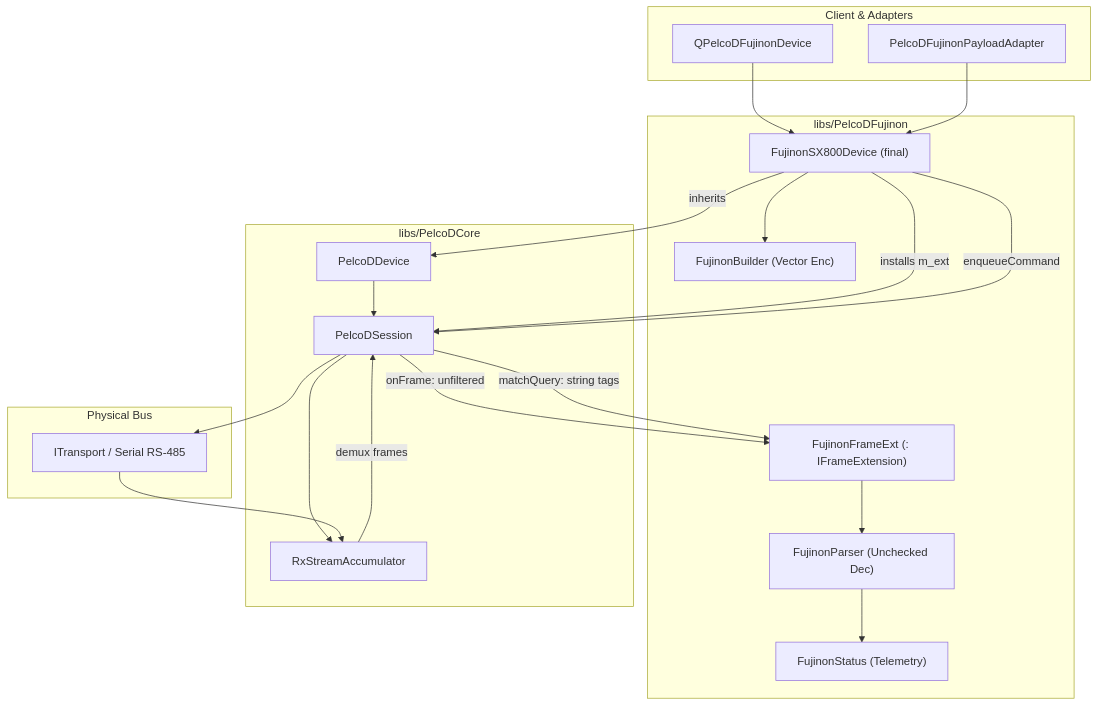
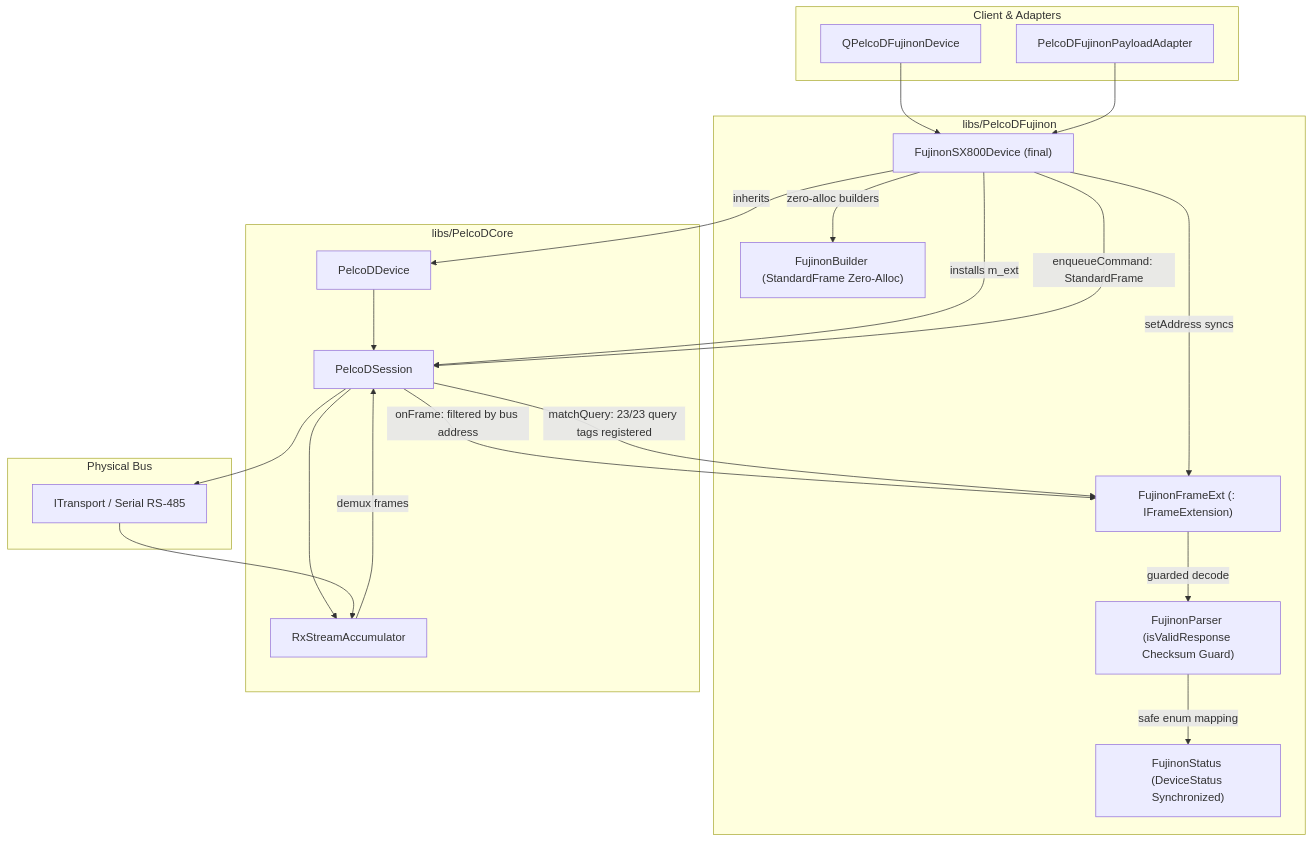
Before and after one commit to svagionitis/PelcoD-Controller: the diagram in docs/pelcodfujinon_review.md, drawn with Mermaid. The commit also changed other lines of this file, not shown here.

First line of the commit message:
docs(fujinon): update architectural review status

````diff
--- a/docs/pelcodfujinon_review.md
+++ b/docs/pelcodfujinon_review.md
@@ -61,41 +69,42 @@
 ```mermaid
 flowchart TD
     subgraph App ["Client & Adapters"]
-        Q[QPelcoDFujinonDevice]
-        HAL[PelcoDFujinonPayloadAdapter]
+        Q["QPelcoDFujinonDevice"]
+        HAL["PelcoDFujinonPayloadAdapter"]
     end
 
     subgraph Profile ["libs/PelcoDFujinon"]
         DEV["FujinonSX800Device (final)"]
         EXT["FujinonFrameExt (: IFrameExtension)"]
-        BLD["FujinonBuilder (Vector Enc)"]
-        PRS["FujinonParser (Unchecked Dec)"]
-        STAT["FujinonStatus (Telemetry)"]
+        BLD["FujinonBuilder (StandardFrame Zero-Alloc)"]
+        PRS["FujinonParser (isValidResponse Checksum Guard)"]
+        STAT["FujinonStatus (DeviceStatus Synchronized)"]
     end
 
     subgraph Core ["libs/PelcoDCore"]
-        BASE[PelcoDDevice]
-        SESS[PelcoDSession]
-        ACC[RxStreamAccumulator]
+        BASE["PelcoDDevice"]
+        SESS["PelcoDSession"]
+        ACC["RxStreamAccumulator"]
     end
 
     subgraph Transport ["Physical Bus"]
-        T[ITransport / Serial RS-485]
+        T["ITransport / Serial RS-485"]
     end
 
     Q --> DEV
     HAL --> DEV
     DEV -->|inherits| BASE
     DEV -->|installs m_ext| SESS
+    DEV -->|setAddress syncs| EXT
     BASE --> SESS
     SESS --> ACC
     ACC -->|demux frames| SESS
-    SESS -->|onFrame: unfiltered| EXT
-    SESS -->|matchQuery: string tags| EXT
-    EXT --> PRS
-    PRS --> STAT
-    DEV --> BLD
-    DEV -->|enqueueCommand| SESS
+    SESS -->|onFrame: filtered by bus address| EXT
+    SESS -->|matchQuery: 23/23 query tags registered| EXT
+    EXT -->|guarded decode| PRS
+    PRS -->|safe enum mapping| STAT
+    DEV -->|zero-alloc builders| BLD
+    DEV -->|enqueueCommand: StandardFrame| SESS
     SESS --> T
     T --> ACC
 ```
````
